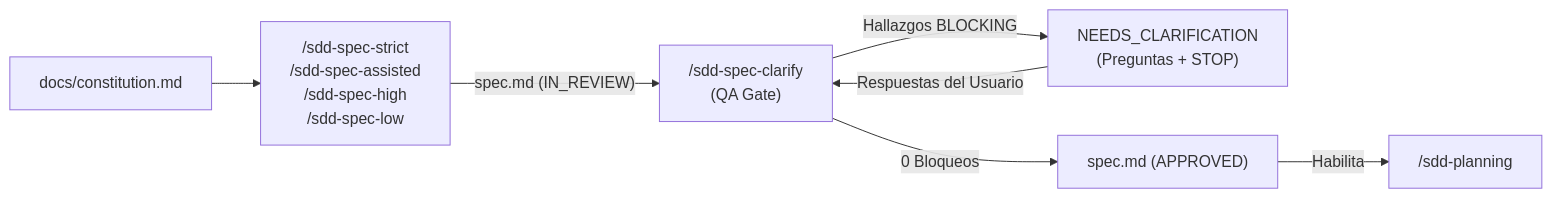
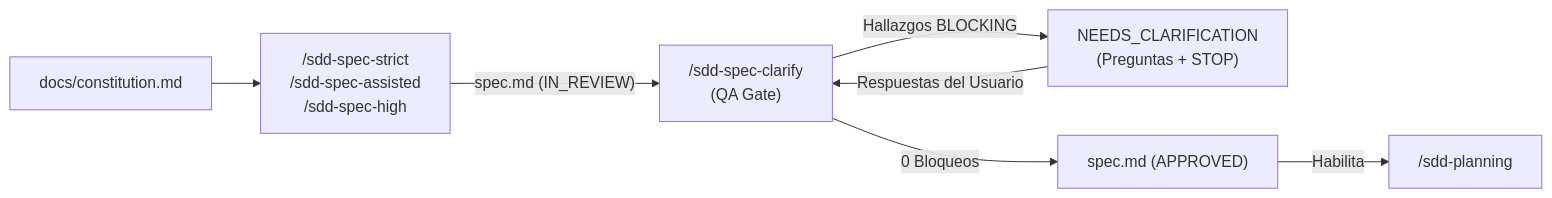
The diagram in templates/sdd-spec-clarify.md (Thebetus7/SW2-G17-SDD-26-2), drawn with Mermaid before and after one commit. The commit also changed other lines of this file and 10 other files, not shown here.

````diff
--- a/templates/sdd-spec-clarify.md
+++ b/templates/sdd-spec-clarify.md
@@ -97,9 +97,9 @@
 ```mermaid
 flowchart LR
-    C["docs/constitution.md"] --> S["/sdd-spec-strict<br/>/sdd-spec-assisted<br/>/sdd-spec-high<br/>/sdd-spec-low"]
+    C["docs/constitution.md"] --> S["/sdd-spec-strict<br/>/sdd-spec-assisted<br/>/sdd-spec-high"]
     S -->|"spec.md (IN_REVIEW)"| Q["/sdd-spec-clarify<br/>(QA Gate)"]
     Q -->|"Hallazgos BLOCKING"| NC["NEEDS_CLARIFICATION<br/>(Preguntas + STOP)"]
     NC -->|"Respuestas del Usuario"| Q
     Q -->|"0 Bloqueos"| AP["spec.md (APPROVED)"]
     AP -->|"Habilita"| P["/sdd-planning"]
 ```
````
